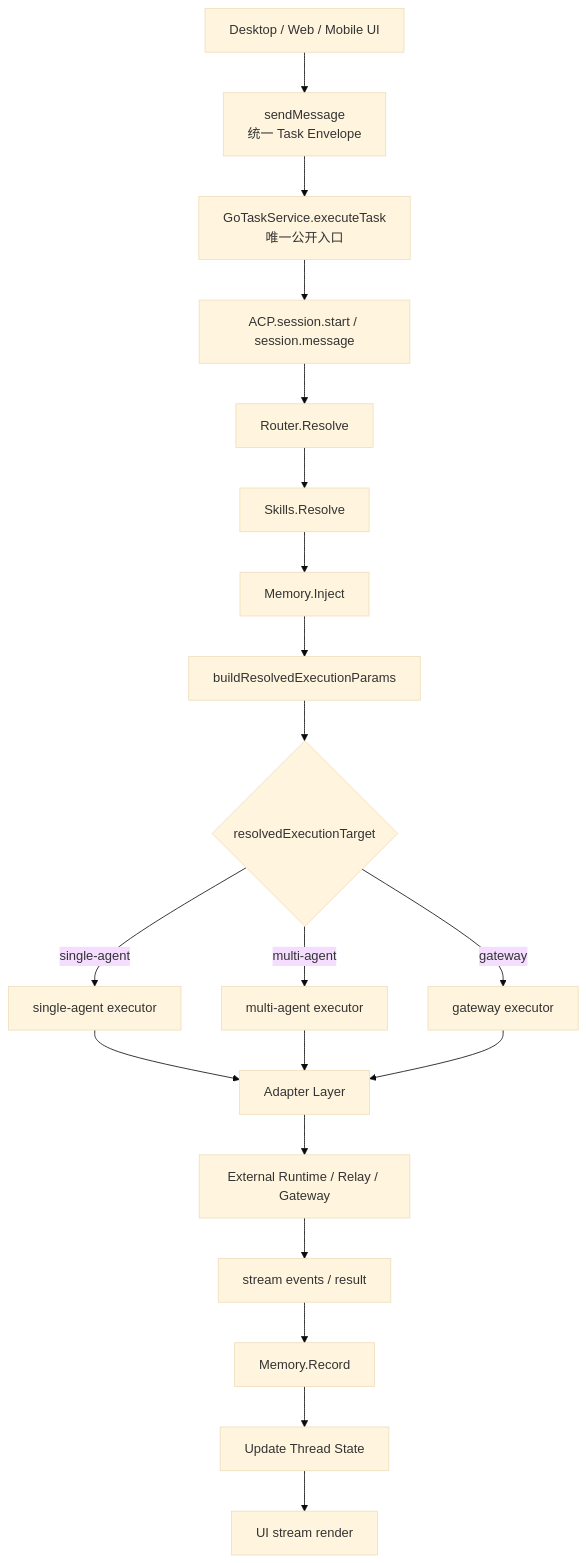
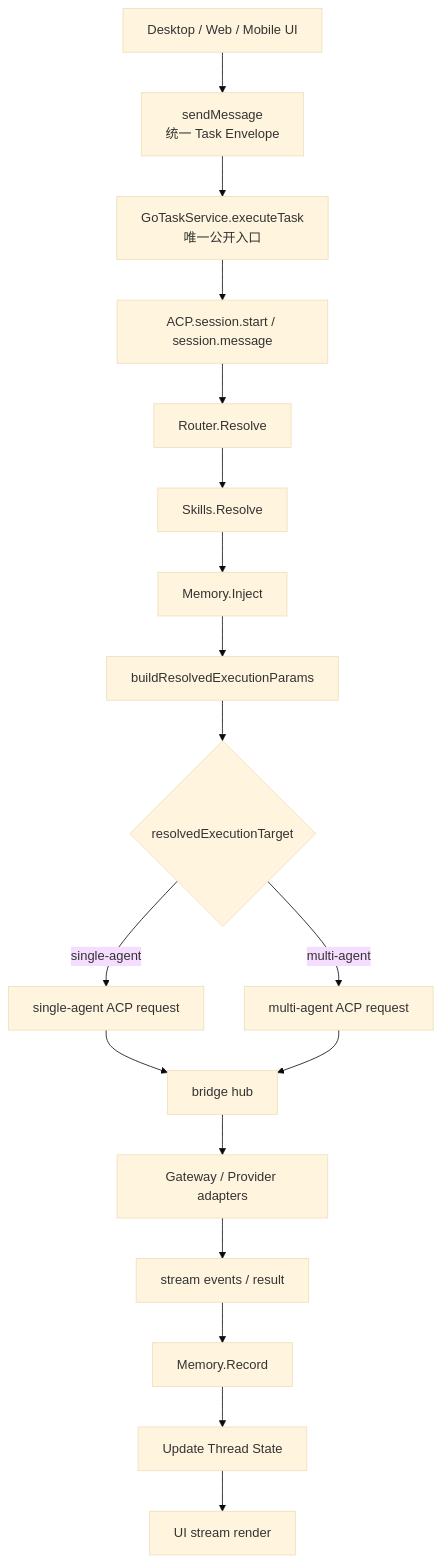
One commit to ai-workspace-lab/xworkmate-app changed the diagram in docs/architecture/task-control-plane-unification.md. Above: the diagram before and after it, drawn with Mermaid (base theme). The commit also changed other lines of this file and 11 other files, not shown here.

````diff
--- a/docs/architecture/task-control-plane-unification.md
+++ b/docs/architecture/task-control-plane-unification.md
@@ -25,22 +26,20 @@
 ```mermaid
 flowchart TD
     A["Desktop / Web / Mobile UI"] --> B["sendMessage<br/>统一 Task Envelope"]
     B --> C["GoTaskService.executeTask<br/>唯一公开入口"]
     C --> D["ACP.session.start / session.message"]
     D --> E["Router.Resolve"]
     E --> F["Skills.Resolve"]
     F --> G["Memory.Inject"]
     G --> H["buildResolvedExecutionParams"]
     H --> I{"resolvedExecutionTarget"}
-    I -->|"single-agent"| J["single-agent executor"]
-    I -->|"multi-agent"| K["multi-agent executor"]
-    I -->|"gateway"| L["gateway executor"]
-    J --> M["Adapter Layer"]
+    I -->|"single-agent"| J["single-agent ACP request"]
+    I -->|"multi-agent"| K["multi-agent ACP request"]
+    J --> M["bridge hub"]
     K --> M
-    L --> M
-    M --> N["External Runtime / Relay / Gateway"]
+    M --> N["Gateway / Provider adapters"]
     N --> O["stream events / result"]
     O --> P["Memory.Record"]
     P --> Q["Update Thread State"]
     Q --> R["UI stream render"]
 ```
````
